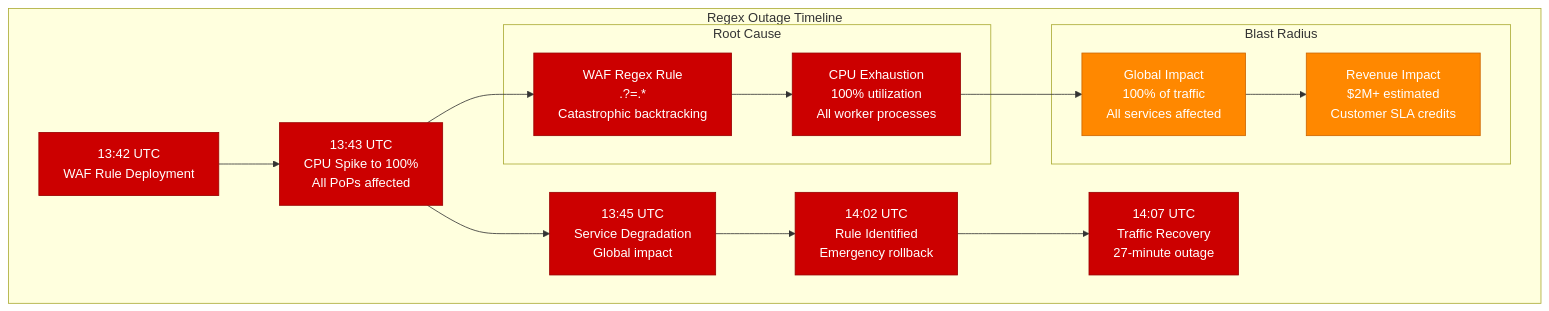
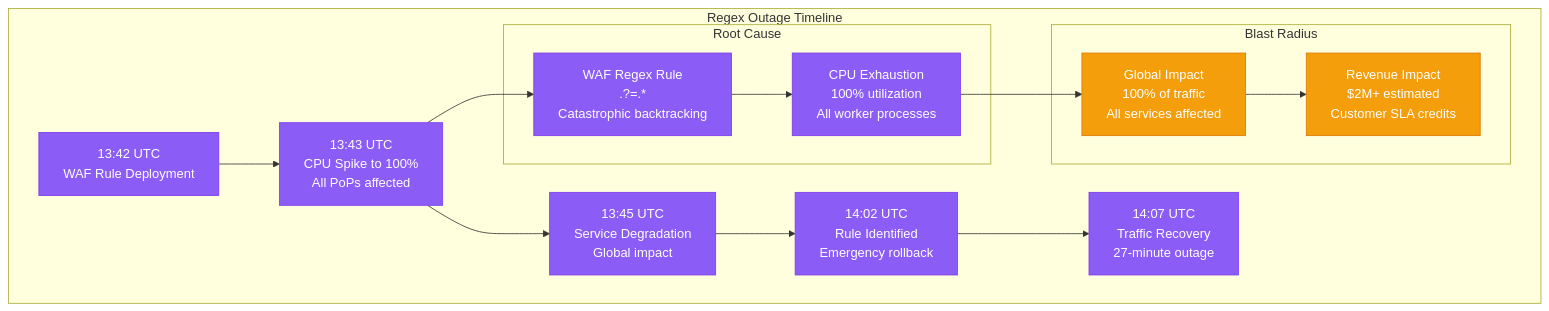
Before and after one commit to deepaucksharma/DS: the second of 8 diagrams in site/docs/systems/cloudflare/failure-domains.md, drawn with Mermaid. The commit also changed other lines of this file and 303 other files, not shown here.

````diff
--- a/site/docs/systems/cloudflare/failure-domains.md
+++ b/site/docs/systems/cloudflare/failure-domains.md
@@ -72,31 +72,31 @@
 ```mermaid
 graph TB
     subgraph "Regex Outage Timeline"
         T1[13:42 UTC<br/>WAF Rule Deployment] --> T2[13:43 UTC<br/>CPU Spike to 100%<br/>All PoPs affected]
         T2 --> T3[13:45 UTC<br/>Service Degradation<br/>Global impact]
         T3 --> T4[14:02 UTC<br/>Rule Identified<br/>Emergency rollback]
         T4 --> T5[14:07 UTC<br/>Traffic Recovery<br/>27-minute outage]
 
         subgraph "Root Cause"
             REGEX[WAF Regex Rule<br/>.?=.*<br/>Catastrophic backtracking]
             CPU[CPU Exhaustion<br/>100% utilization<br/>All worker processes]
         end
 
         subgraph "Blast Radius"
             GLOBAL[Global Impact<br/>100% of traffic<br/>All services affected]
             REVENUE[Revenue Impact<br/>$2M+ estimated<br/>Customer SLA credits]
         end
 
         T2 --> REGEX
         REGEX --> CPU
         CPU --> GLOBAL
         GLOBAL --> REVENUE
     end
 
     %% Apply incident colors
-    classDef incidentStyle fill:#CC0000,stroke:#990000,color:#fff
-    classDef impactStyle fill:#FF8800,stroke:#CC6600,color:#fff
+    classDef incidentStyle fill:#8B5CF6,stroke:#7C3AED,color:#fff
+    classDef impactStyle fill:#F59E0B,stroke:#D97706,color:#fff
 
     class T1,T2,T3,T4,T5,REGEX,CPU incidentStyle
     class GLOBAL,REVENUE impactStyle
 ```
````
